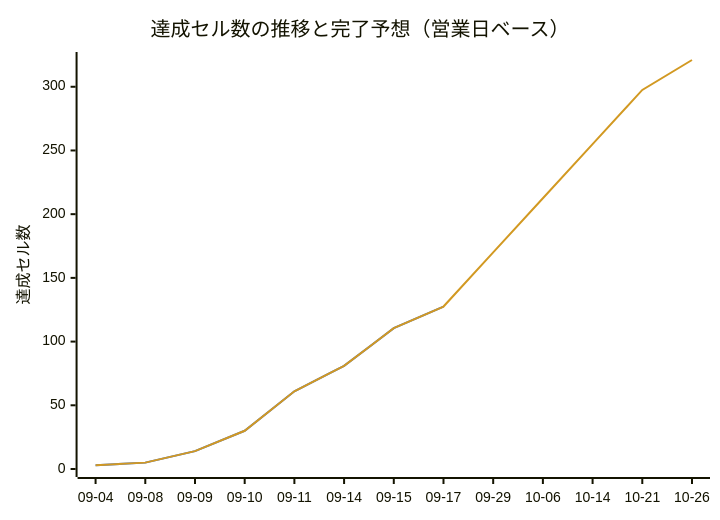
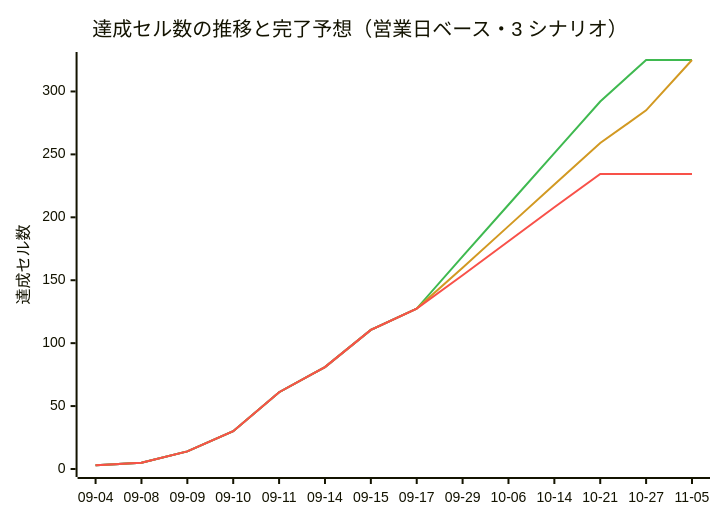
The diagram in docs/progress.md (yoshihisatanaka/Pre-Market_Trading_frontend), drawn with Mermaid before and after one commit. The commit also changed other lines of this file, not shown here.

````diff
--- a/docs/progress.md
+++ b/docs/progress.md
@@ -235,9 +341,11 @@
 ```mermaid
-%%{init: {"themeVariables": {"xyChart": {"plotColorPalette": "#2f6feb, #d29922"}}}}%%
+%%{init: {"themeVariables": {"xyChart": {"plotColorPalette": "#2f6feb, #3fb950, #d29922, #f85149"}}}}%%
 xychart-beta
-    title "達成セル数の推移と完了予想（営業日ベース）"
-    x-axis ["09-04", "09-08", "09-09", "09-10", "09-11", "09-14", "09-15", "09-17", "09-29", "10-06", "10-14", "10-21", "10-26"]
-    y-axis "達成セル数" 0 --> 321
+    title "達成セル数の推移と完了予想（営業日ベース・3 シナリオ）"
+    x-axis ["09-04", "09-08", "09-09", "09-10", "09-11", "09-14", "09-15", "09-17", "09-29", "10-06", "10-14", "10-21", "10-27", "11-05"]
+    y-axis "達成セル数" 0 --> 325
     line [3, 5, 14, 30, 61, 81, 110.5, 127.5]
-    line [3, 5, 14, 30, 61, 81, 110.5, 127.5, 170, 212.5, 255, 297.5, 321]
+    line [3, 5, 14, 30, 61, 81, 110.5, 127.5, 169, 210, 251, 292, 325, 325]
+    line [3, 5, 14, 30, 61, 81, 110.5, 127.5, 160, 193, 226, 259, 285, 325]
+    line [3, 5, 14, 30, 61, 81, 110.5, 127.5, 154, 181, 208, 234.5, 234.5, 234.5]
 ```
````
